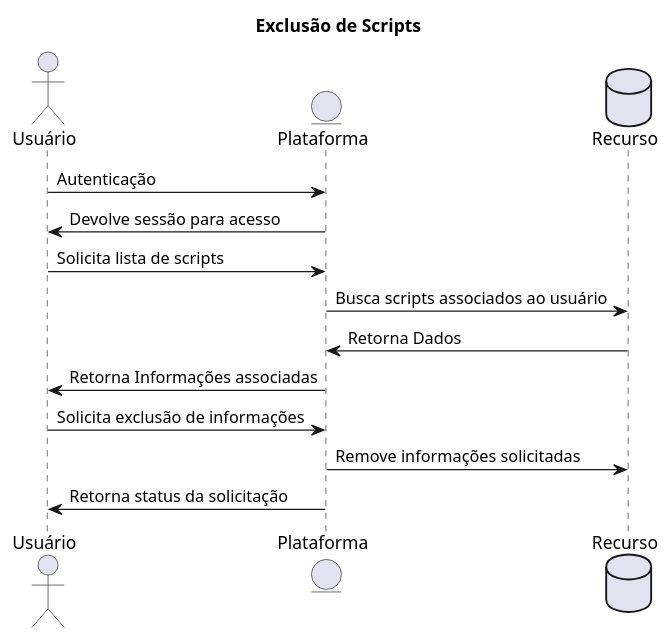
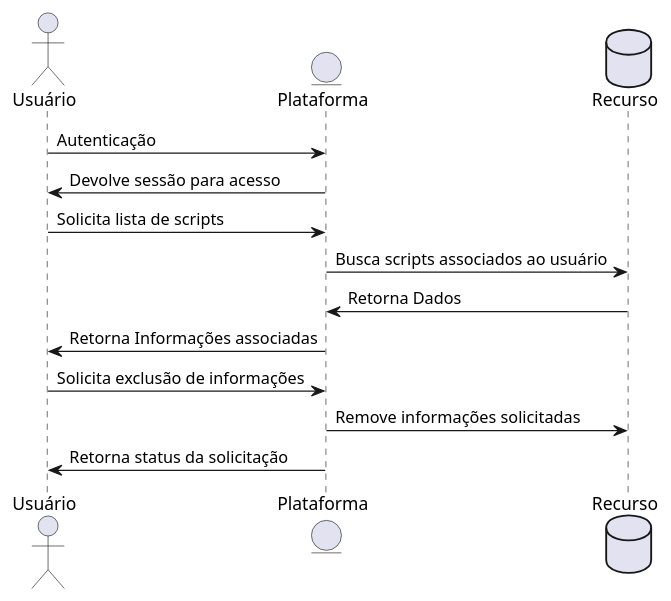
Before and after one commit to constantlearning/rse-service: the sixth of 6 diagrams in src/main/resources/diagrams/crud-flow.puml, drawn with PlantUML. The commit also changed other lines of this file, not shown here.

Commit message:
Segmentation of crud flow.

```diff
--- a/src/main/resources/diagrams/crud-flow.puml
+++ b/src/main/resources/diagrams/crud-flow.puml
@@ -84,22 +94,22 @@
 @startuml
 
-    title Exclusão de Scripts
+'    title Exclusão de Scripts
 
-        actor Usuário
-        entity Plataforma
-        database Recurso
+    actor Usuário
+    entity Plataforma
+    database Recurso
 
+    Usuário -> Plataforma: Autenticação
+    Plataforma -> Usuário: Devolve sessão para acesso
 
-        Usuário -> Plataforma: Autenticação
-        Plataforma -> Usuário: Devolve sessão para acesso
+    Usuário -> Plataforma: Solicita lista de scripts
+    Plataforma -> Recurso: Busca scripts associados ao usuário
+    Recurso -> Plataforma: Retorna Dados
+    Plataforma -> Usuário: Retorna Informações associadas
 
-        Usuário -> Plataforma: Solicita lista de scripts
-        Plataforma -> Recurso: Busca scripts associados ao usuário
-        Recurso -> Plataforma: Retorna Dados
-        Plataforma -> Usuário: Retorna Informações associadas
+    Usuário -> Plataforma: Solicita exclusão de informações
+    Plataforma -> Recurso: Remove informações solicitadas
 
-        Usuário -> Plataforma: Solicita exclusão de informações
-        Plataforma -> Recurso: Remove informações solicitadas
+    Plataforma -> Usuário: Retorna status da solicitação
 
-        Plataforma -> Usuário: Retorna status da solicitação
 @enduml
```
